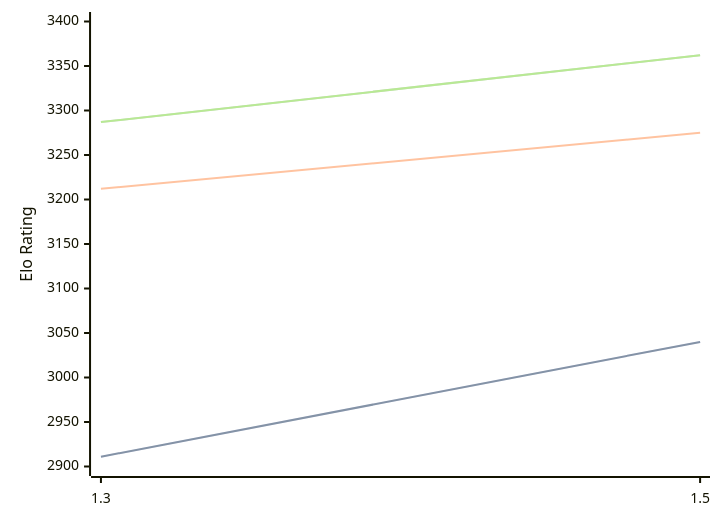
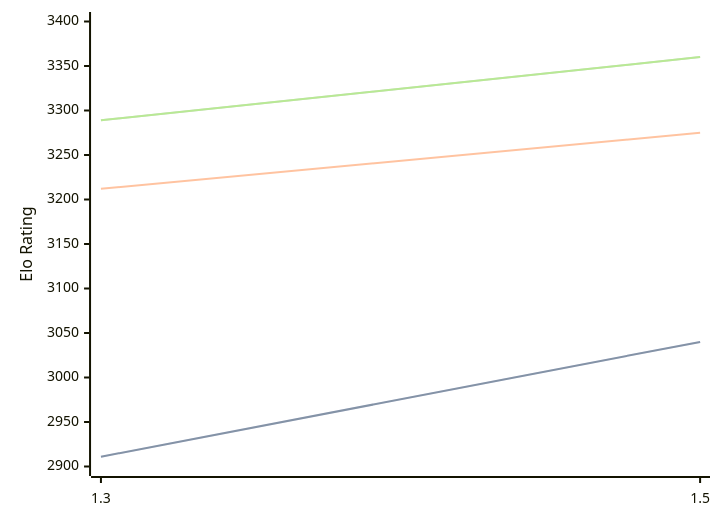
Before and after one commit to computer-chess-index/cci: the diagram in engines/Lambergar.md, drawn with Mermaid. The commit also changed other lines of this file, not shown here.

Commit message:
Update CCI Ratings (ELO VLTC) - 2026-09-02

````diff
--- a/engines/Lambergar.md
+++ b/engines/Lambergar.md
@@ -32,11 +32,11 @@
 ```mermaid
 %%{init: {"theme":"base","themeVariables":{"seriesColors:['#a3a3a3','#222221','#faa371']}}}%%
 xychart-beta
   x-axis ["1.3", "1.5"]
   y-axis "Elo Rating" 2900 --> 3400
   line "" [2911, 3040]
   line "STC (8.0+0.08s)" [2911, 3040]
   line "LTC (60.0+0.60s)" [3212, 3275]
-  line "" [3287, 3362]
-  line "VLTC (2m24s+1.12s)" [3287, 3362]
+  line "" [3289, 3360]
+  line "VLTC (2m24s+1.12s)" [3289, 3360]
 ```
````
